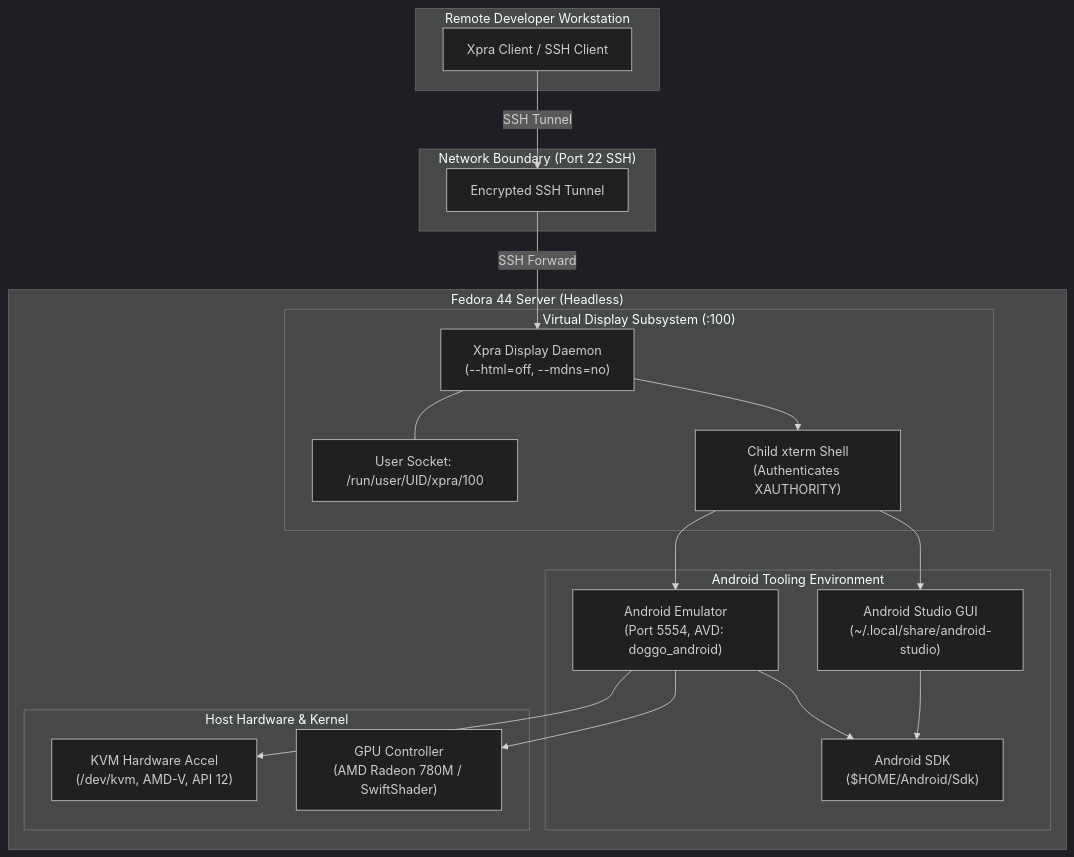
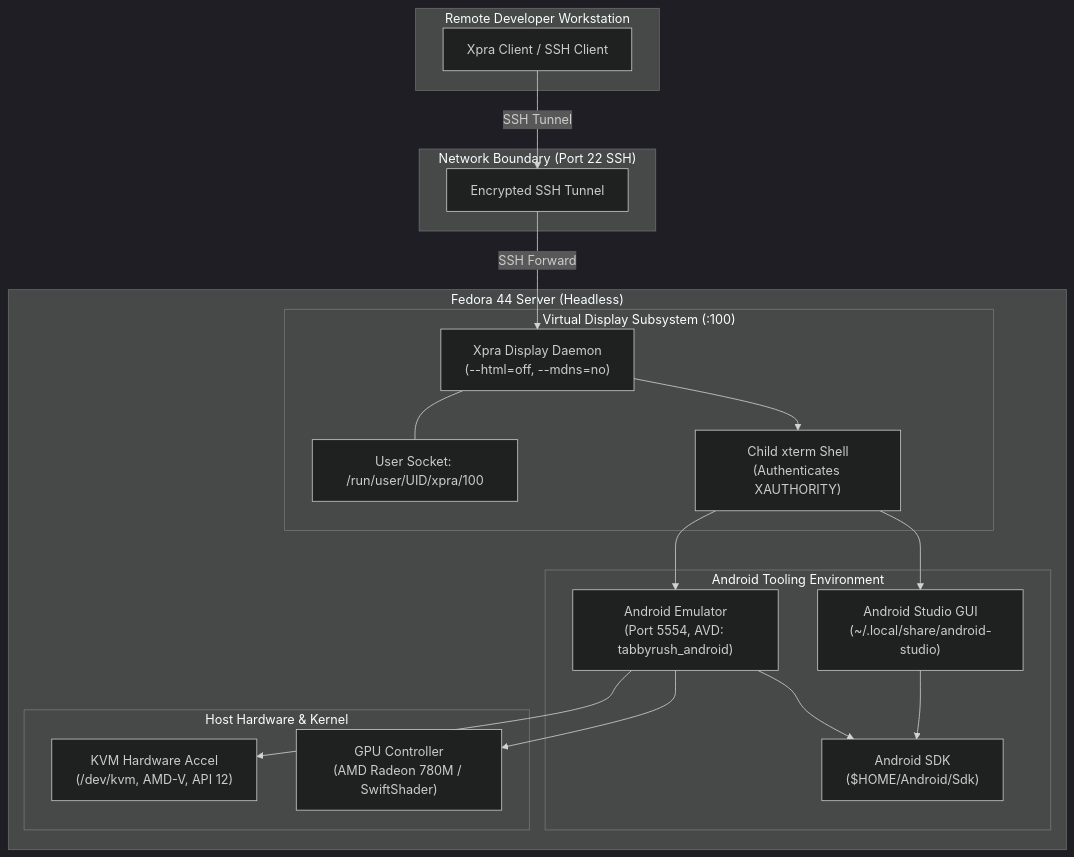
The first of 2 diagrams in docs/system-architecture.md (loidinhm31/tabby-rush), drawn with Mermaid (dark theme) before and after one commit. The commit also changed other lines of this file and 781 other files, not shown here.

````diff
--- a/docs/system-architecture.md
+++ b/docs/system-architecture.md
@@ -26,40 +26,40 @@
 ```mermaid
 flowchart TD
   subgraph LocalWorkstation["Remote Developer Workstation"]
     Client["Xpra Client / SSH Client"]
   end
 
   subgraph SSHBoundary["Network Boundary (Port 22 SSH)"]
     Tunnel["Encrypted SSH Tunnel"]
   end
 
   subgraph HostServer["Fedora 44 Server (Headless)"]
     subgraph XpraSubsystem["Virtual Display Subsystem (:100)"]
       XpraServer["Xpra Display Daemon\n(--html=off, --mdns=no)"]
       UnixSocket["User Socket: /run/user/UID/xpra/100"]
       XtermSession["Child xterm Shell\n(Authenticates XAUTHORITY)"]
     end
 
     subgraph AndroidSubsystem["Android Tooling Environment"]
       Studio["Android Studio GUI\n(~/.local/share/android-studio)"]
-      Emulator["Android Emulator\n(Port 5554, AVD: doggo_android)"]
+      Emulator["Android Emulator\n(Port 5554, AVD: tabbyrush_android)"]
       SDK["Android SDK\n($HOME/Android/Sdk)"]
     end
 
     subgraph KernelResources["Host Hardware & Kernel"]
       KVM["KVM Hardware Accel\n(/dev/kvm, AMD-V, API 12)"]
       GPU["GPU Controller\n(AMD Radeon 780M / SwiftShader)"]
     end
   end
 
   Client -->|SSH Tunnel| Tunnel
   Tunnel -->|SSH Forward| XpraServer
   XpraServer --- UnixSocket
   XpraServer --> XtermSession
   XtermSession --> Studio
   XtermSession --> Emulator
   Emulator --> KVM
   Emulator --> GPU
   Studio --> SDK
   Emulator --> SDK
 ```
````
